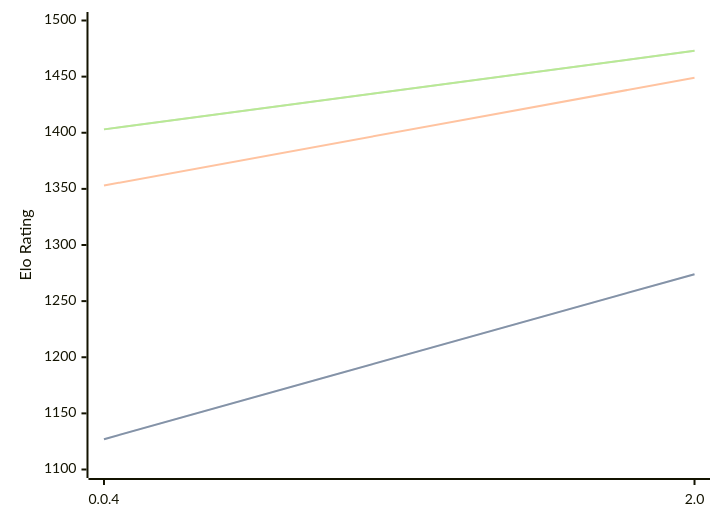
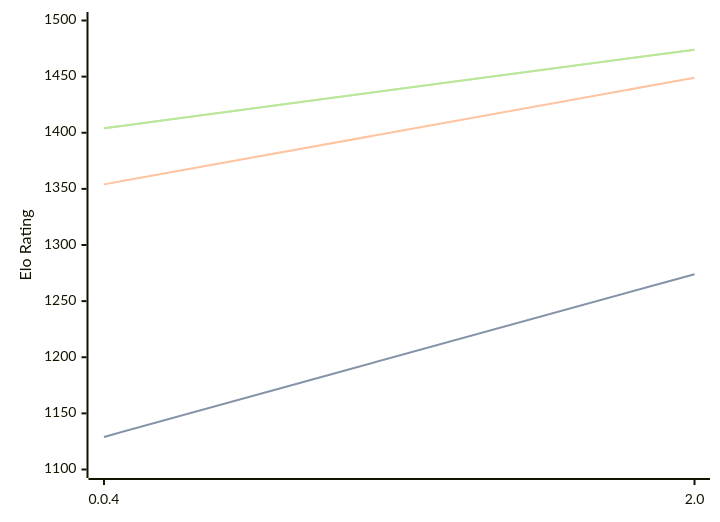
Before and after one commit to computer-chess-index/cci: the diagram in engines/Oops!Mate.md, drawn with Mermaid. The commit also changed other lines of this file, not shown here.

Commit message:
Update CCI Ratings (ELO VLTC) - 2026-08-16

````diff
--- a/engines/Oops!Mate.md
+++ b/engines/Oops!Mate.md
@@ -33,11 +33,11 @@
 ```mermaid
 %%{init: {"theme":"base","themeVariables":{"seriesColors:['#a3a3a3','#222221','#faa371']}}}%%
 xychart-beta
   x-axis ["0.0.4", "2.0"]
   y-axis "Elo Rating" 1100 --> 1500
-  line "STC (8.0+0.08s)" [1127, 1274]
-  line "STC (8.0+0.08s)" [1127, 1274]
-  line "LTC (60.0+0.60s)" [1353, 1449]
-  line "VLTC (2m24s+1.12s)" [1403, 1473]
-  line "VLTC (2m24s+1.12s)" [1403, 1473]
+  line "STC (8.0+0.08s)" [1129, 1274]
+  line "STC (8.0+0.08s)" [1129, 1274]
+  line "LTC (60.0+0.60s)" [1354, 1449]
+  line "VLTC (2m24s+1.12s)" [1404, 1474]
+  line "VLTC (2m24s+1.12s)" [1404, 1474]
 ```
````
